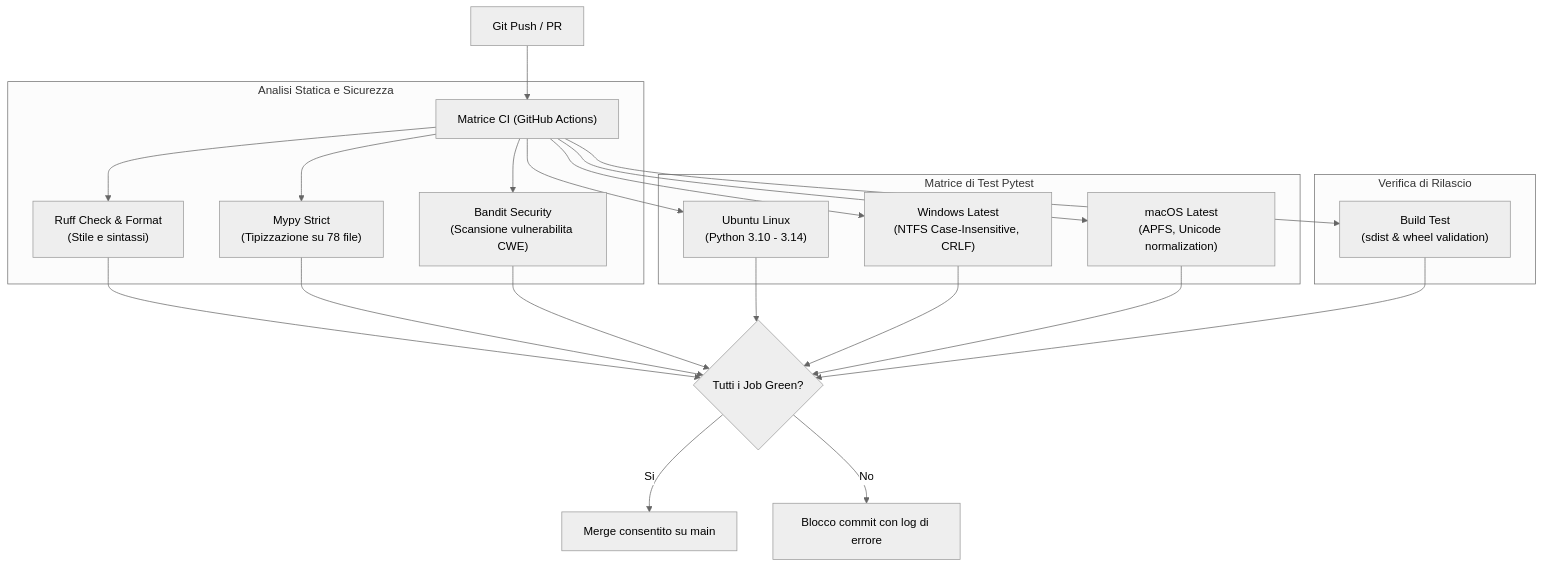
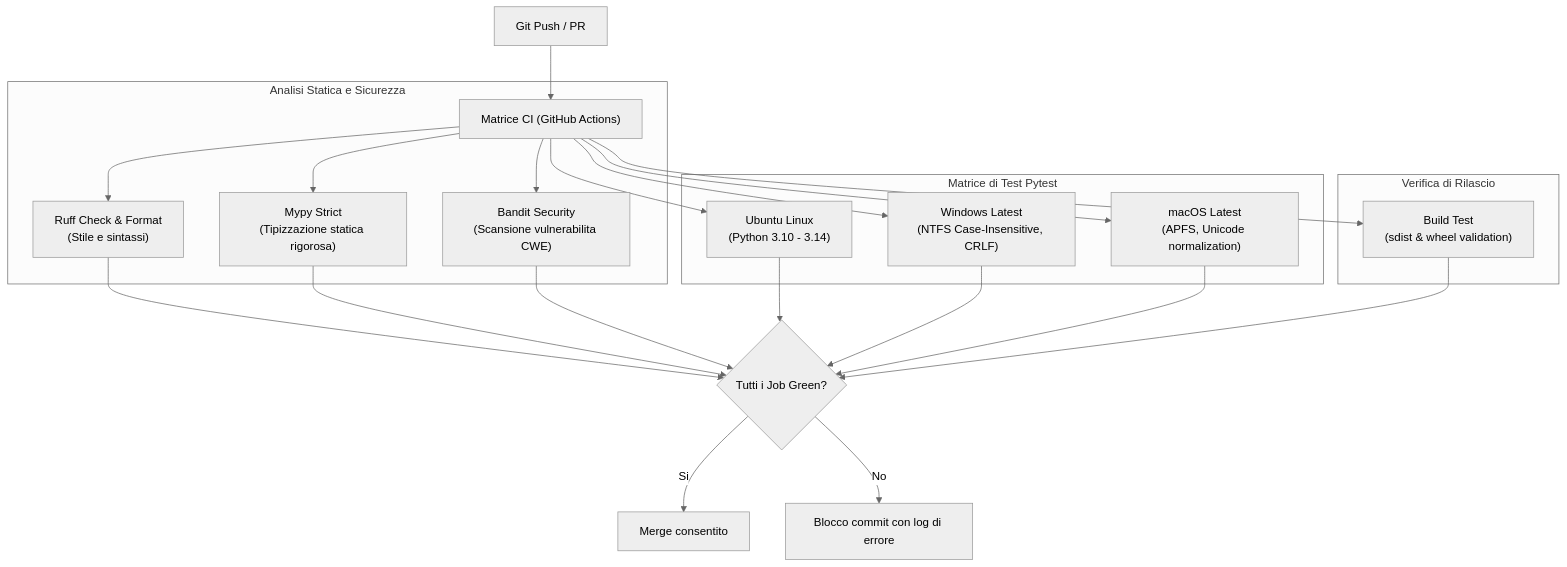
One commit to lucadileo9/second-brain-keeper changed the diagram in docs/testing/test_suite.md. Above: the diagram before and after it, drawn with Mermaid (neutral theme). The commit also changed other lines of this file, not shown here.

````diff
--- a/docs/testing/test_suite.md
+++ b/docs/testing/test_suite.md
@@ -16,31 +16,31 @@
 ```mermaid
 flowchart TD
     Push["Git Push / PR"] --> Matrix["Matrice CI (GitHub Actions)"]
 
     subgraph Analisi Statica e Sicurezza
         Matrix --> Lint["Ruff Check & Format<br/>(Stile e sintassi)"]
-        Matrix --> TypeCheck["Mypy Strict<br/>(Tipizzazione su 78 file)"]
+        Matrix --> TypeCheck["Mypy Strict<br/>(Tipizzazione statica rigorosa)"]
         Matrix --> SecScan["Bandit Security<br/>(Scansione vulnerabilita CWE)"]
     end
 
     subgraph Matrice di Test Pytest
         Matrix --> Linux["Ubuntu Linux<br/>(Python 3.10 - 3.14)"]
         Matrix --> Windows["Windows Latest<br/>(NTFS Case-Insensitive, CRLF)"]
         Matrix --> MacOS["macOS Latest<br/>(APFS, Unicode normalization)"]
     end
 
     subgraph Verifica di Rilascio
         Matrix --> Build["Build Test<br/>(sdist & wheel validation)"]
     end
 
     Lint --> StatusCheck{"Tutti i Job Green?"}
     TypeCheck --> StatusCheck
     SecScan --> StatusCheck
     Linux --> StatusCheck
     Windows --> StatusCheck
     MacOS --> StatusCheck
     Build --> StatusCheck
 
-    StatusCheck -- Si --> Merge["Merge consentito su main"]
+    StatusCheck -- Si --> Merge["Merge consentito"]
     StatusCheck -- No --> Block["Blocco commit con log di errore"]
 ```
````
